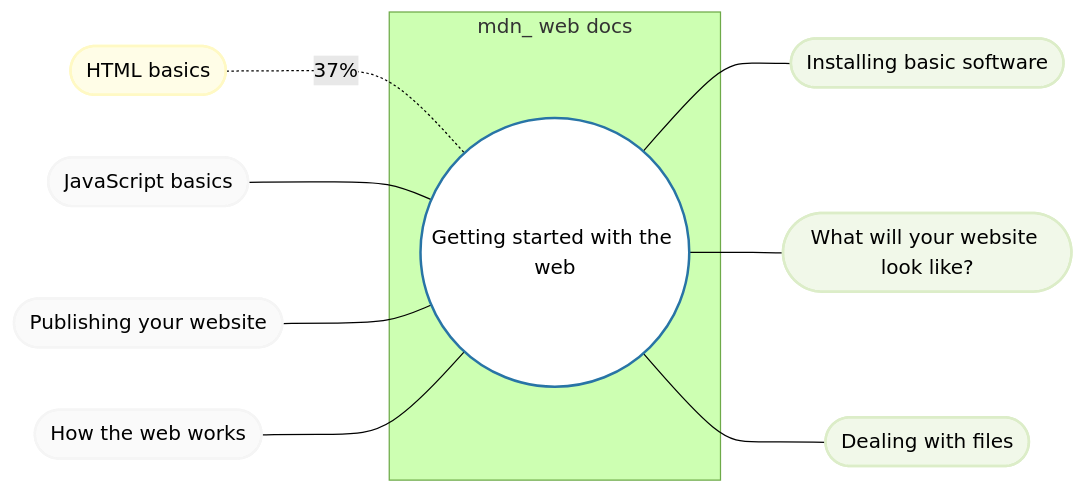
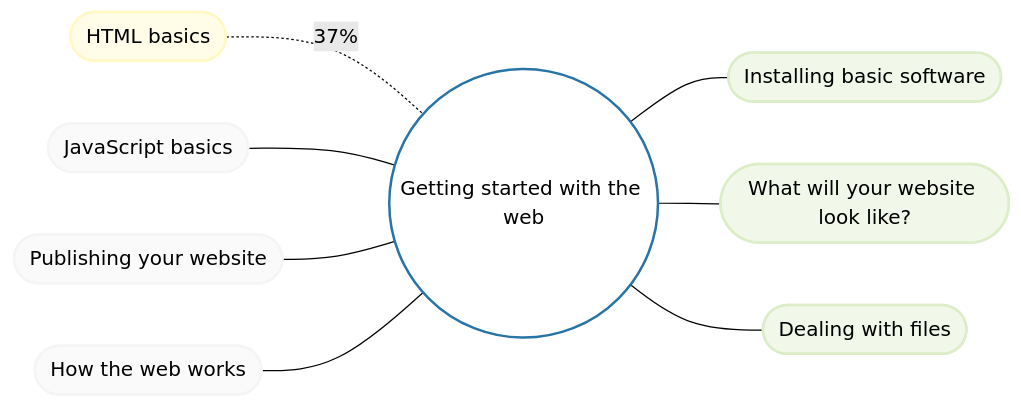
Before and after one commit to alexander-arkhipov/alexander-arkhipov: the diagram in README.md, drawn with Mermaid (forest theme). The commit also changed other lines of this file, not shown here.

````diff
--- a/README.md
+++ b/README.md
@@ -1,25 +4,24 @@
 ```mermaid
 
     flowchart LR;
-    
-    subgraph mdn_ web docs
+     
         id1((Getting started with the web))
-        end
+        
         id1 --- id2([ Installing basic software])
         id1 --- id3([What will your website look like?])
         id1 --- id4([Dealing with files])
         id5([HTML basics]) -. 37% .- id1
         id6([JavaScript basics]) --- id1
         id7([Publishing your website]) --- id1
         id8([How the web works]) --- id1
         
         style id1 fill:#FFFFFF, stroke:#2874A6,stroke-width:2px
         style id2 fill:#F1F8E9, stroke:#DCEDC8,stroke-width:2px
         style id3 fill:#F1F8E9, stroke:#DCEDC8,stroke-width:2px
         style id4 fill:#F1F8E9, stroke:#DCEDC8,stroke-width:2px
         style id5 fill:#FFFDE7, stroke:#FFF9C4,stroke-width:2px
         style id6 fill:#FAFAFA, stroke:#F5F5F5,stroke-width:2px
         style id7 fill:#FAFAFA, stroke:#F5F5F5,stroke-width:2px
         style id8 fill:#FAFAFA, stroke:#F5F5F5,stroke-width:2px
         
 ```
````
